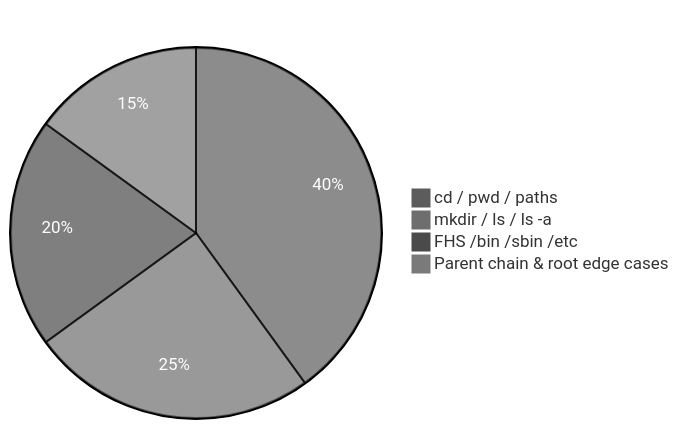
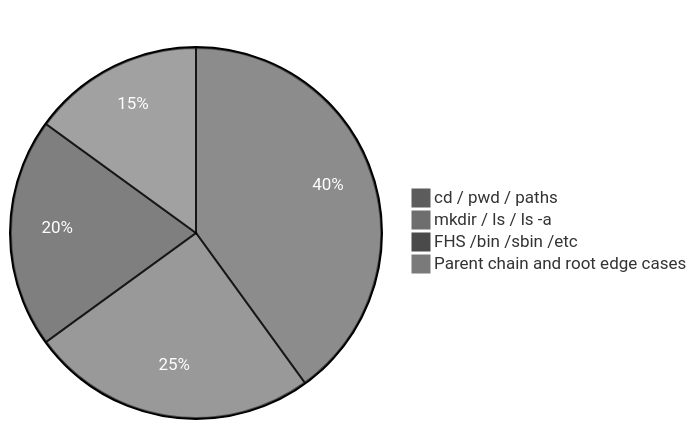
The diagram in scripts-execution-summary/file-system-navigation-and-hierarchy.md (chaitussm/Linux-Basics), drawn with Mermaid before and after one commit. The commit also changed other lines of this file and 10 other files, not shown here.

````diff
--- a/scripts-execution-summary/file-system-navigation-and-hierarchy.md
+++ b/scripts-execution-summary/file-system-navigation-and-hierarchy.md
@@ -6,8 +6,8 @@
 ```mermaid
 %%{init: {'theme': 'base', 'themeVariables': {'pie1': '#5c5c5c', 'pie2': '#6e6e6e', 'pie3': '#4a4a4a', 'pie4': '#7a7a7a', 'pie5': '#555555', 'pieTitleTextColor': '#ffffff', 'pieSectionTextColor': '#ffffff'}}}%%
 pie title Demo scripts by theme
     "cd / pwd / paths" : 40
     "mkdir / ls / ls -a" : 25
     "FHS /bin /sbin /etc" : 20
-    "Parent chain & root edge cases" : 15
+    "Parent chain and root edge cases" : 15
 ```
````
